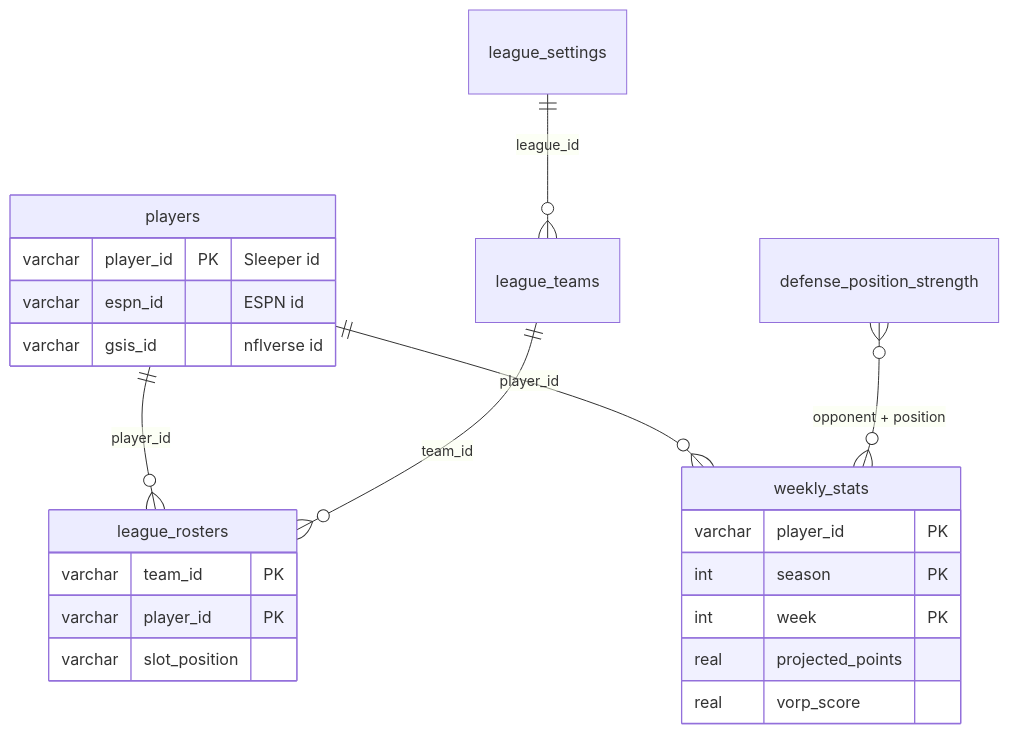
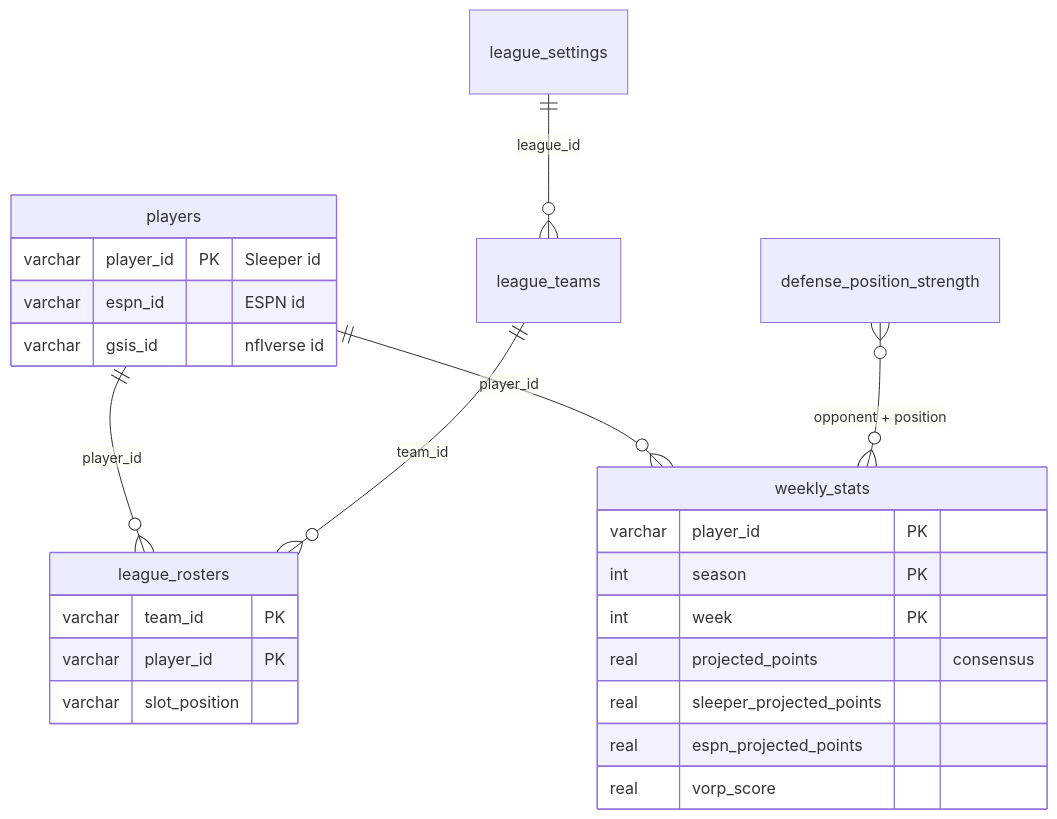
Before and after one commit to cvillarr23/fantasy-core-pipeline: the first of 6 diagrams in docs/data-model.md, drawn with Mermaid. The commit also changed other lines of this file and 23 other files, not shown here.

First line of the commit message:
Base projections and VORP on an ESPN+Sleeper consensus (#462)

````diff
--- a/docs/data-model.md
+++ b/docs/data-model.md
@@ -18,25 +18,27 @@
 ```mermaid
 erDiagram
     players ||--o{ weekly_stats : "player_id"
     players ||--o{ league_rosters : "player_id"
     league_settings ||--o{ league_teams : "league_id"
     league_teams ||--o{ league_rosters : "team_id"
     defense_position_strength }o--o{ weekly_stats : "opponent + position"
     players {
         varchar player_id PK "Sleeper id"
         varchar espn_id "ESPN id"
         varchar gsis_id "nflverse id"
     }
     weekly_stats {
         varchar player_id PK
         int season PK
         int week PK
-        real projected_points
+        real projected_points "consensus"
+        real sleeper_projected_points
+        real espn_projected_points
         real vorp_score
     }
     league_rosters {
         varchar team_id PK
         varchar player_id PK
         varchar slot_position
     }
 ```
````
